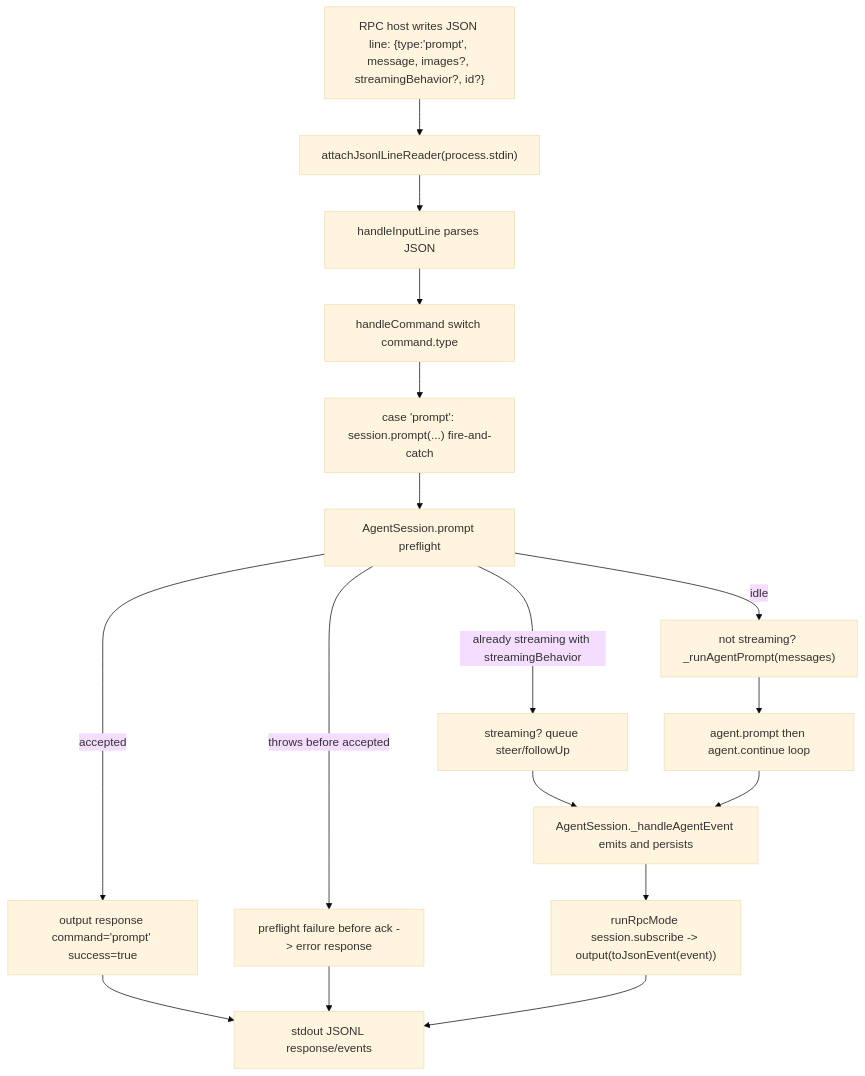
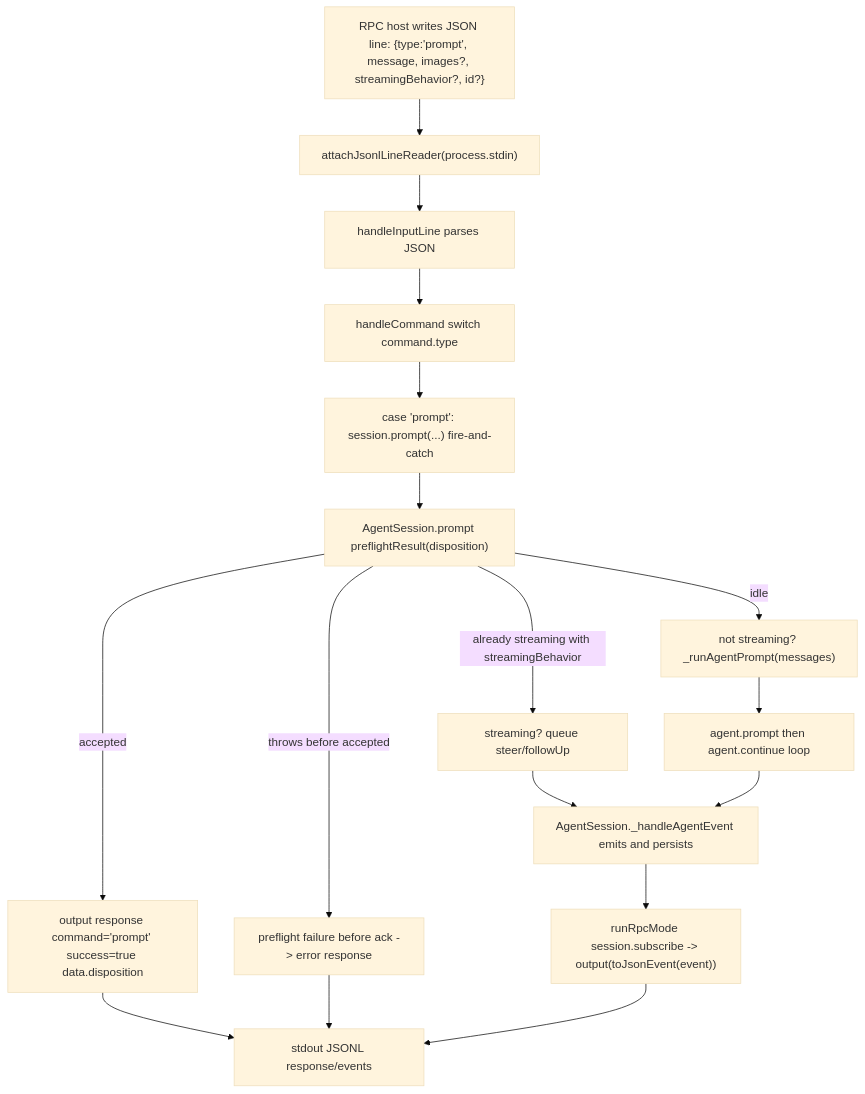
The diagram in docs/llm-wiki/pi/spine/trace-rpc-prompt.md (wdnmdtonyma/SOTA-Agent-LLM-Wiki), drawn with Mermaid (base theme) before and after one commit. The commit also changed other lines of this file and 225 other files, not shown here.

````diff
--- a/docs/llm-wiki/pi/spine/trace-rpc-prompt.md
+++ b/docs/llm-wiki/pi/spine/trace-rpc-prompt.md
@@ -27,23 +32,23 @@
 ```mermaid
 flowchart TD
-  Host["RPC host writes JSON line: {type:'prompt', message, images?, streamingBehavior?, id?}"]
-  Reader["attachJsonlLineReader(process.stdin)"]
-  Parse["handleInputLine parses JSON"]
-  Dispatch["handleCommand switch command.type"]
-  PromptCase["case 'prompt': session.prompt(...) fire-and-catch"]
-  Preflight["AgentSession.prompt preflight"]
-  Ack["output response command='prompt' success=true"]
-  Queue["streaming? queue steer/followUp"]
-  Run["not streaming? _runAgentPrompt(messages)"]
-  Agent["agent.prompt then agent.continue loop"]
-  Events["AgentSession._handleAgentEvent emits and persists"]
-  RpcSub["runRpcMode session.subscribe -> output(toJsonEvent(event))"]
-  Stdout["stdout JSONL response/events"]
-  Error["preflight failure before ack -> error response"]
+ Host["RPC host writes JSON line: {type:'prompt', message, images?, streamingBehavior?, id?}"]
+ Reader["attachJsonlLineReader(process.stdin)"]
+ Parse["handleInputLine parses JSON"]
+ Dispatch["handleCommand switch command.type"]
+ PromptCase["case 'prompt': session.prompt(...) fire-and-catch"]
+ Preflight["AgentSession.prompt preflightResult(disposition)"]
+ Ack["output response command='prompt' success=true data.disposition"]
+ Queue["streaming? queue steer/followUp"]
+ Run["not streaming? _runAgentPrompt(messages)"]
+ Agent["agent.prompt then agent.continue loop"]
+ Events["AgentSession._handleAgentEvent emits and persists"]
+ RpcSub["runRpcMode session.subscribe -> output(toJsonEvent(event))"]
+ Stdout["stdout JSONL response/events"]
+ Error["preflight failure before ack -> error response"]
 
-  Host --> Reader --> Parse --> Dispatch --> PromptCase --> Preflight
-  Preflight -->|accepted| Ack --> Stdout
-  Preflight -->|throws before accepted| Error --> Stdout
-  Preflight -->|already streaming with streamingBehavior| Queue --> Events
-  Preflight -->|idle| Run --> Agent --> Events --> RpcSub --> Stdout
+ Host --> Reader --> Parse --> Dispatch --> PromptCase --> Preflight
+ Preflight -->|accepted| Ack --> Stdout
+ Preflight -->|throws before accepted| Error --> Stdout
+ Preflight -->|already streaming with streamingBehavior| Queue --> Events
+ Preflight -->|idle| Run --> Agent --> Events --> RpcSub --> Stdout
 ```
````
